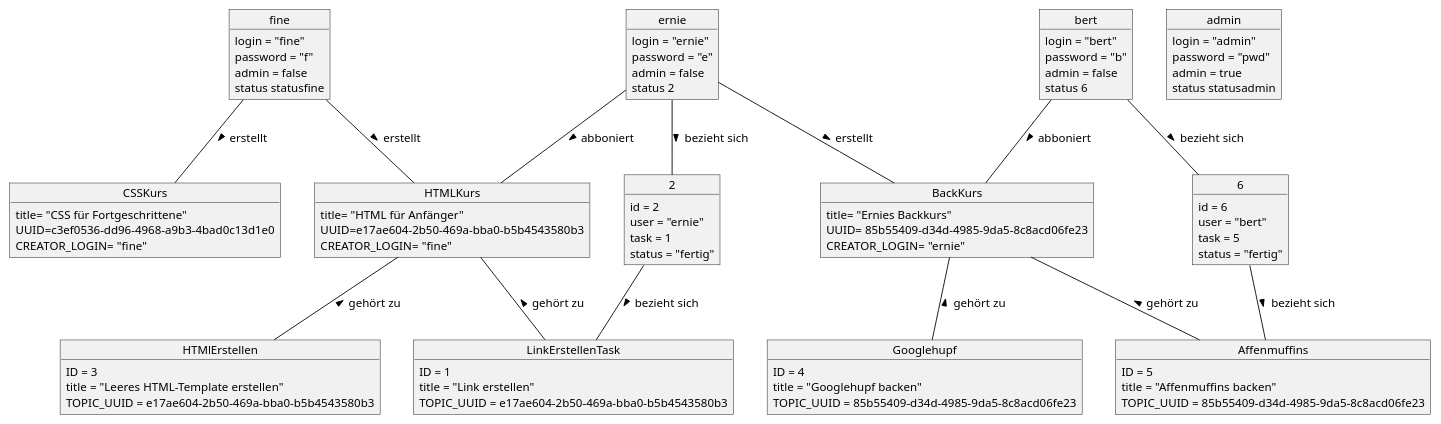
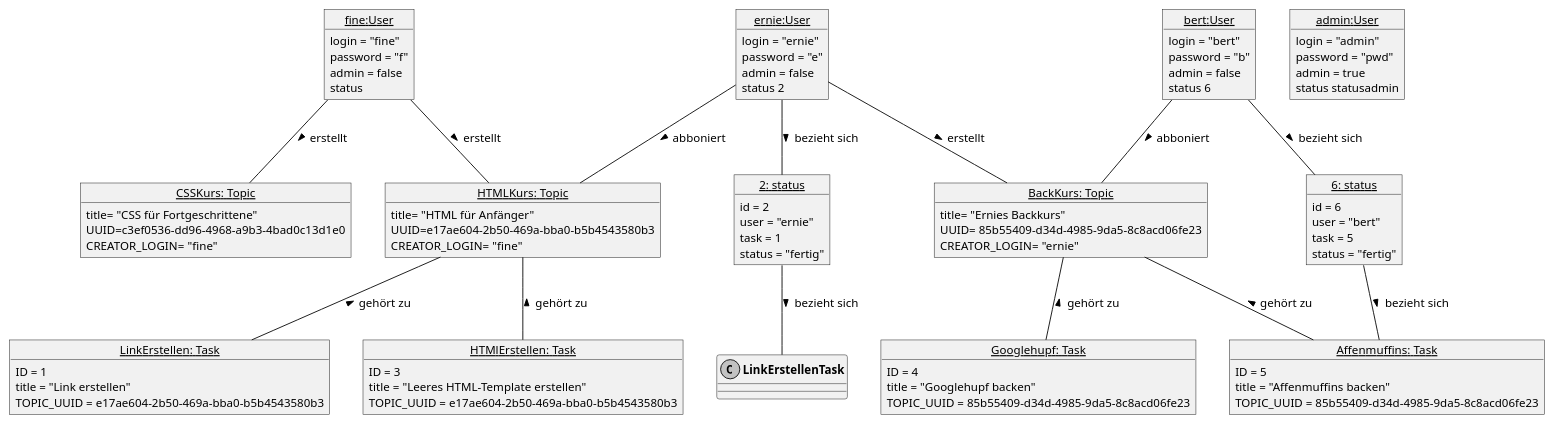
One commit to SimonHirner/agenda20 changed the diagram in doku/Objektmodell.puml. Above: the diagram before and after it, drawn with PlantUML.

Commit message:
AG-2 Objektdiagramm überarbeitet

```diff
--- a/doku/Objektmodell.puml
+++ b/doku/Objektmodell.puml
@@ -1,113 +1,113 @@
 @startuml
 
 ' Layout
 skinparam classAttributeIconSize 0
 skinparam monochrome true
 skinparam shadowing false
 skinparam DefaultFontName arial
 skinparam DefaultFontSize 12
 skinparam ClassFontStyle bold
 
 'User
-object fine{
+object "<u>fine:User</u>" as fine{
     login = "fine"
     password = "f"
     admin = false
-    status statusfine
+    status
 }
-object ernie{
+object "<u>ernie:User</u>" as ernie{
     login = "ernie"
     password = "e"
     admin = false
     status 2
 }
-object bert{
+object "<u>bert:User</u>" as bert{
     login = "bert"
     password = "b"
     admin = false
     status 6
 }
-object admin{
+object "<u>admin:User</u>" as admin{
     login = "admin"
     password = "pwd"
     admin = true
     status statusadmin
 }
 
 'Topics
-object HTMLKurs{
+object "<u>HTMLKurs: Topic</u>" as HTMLKurs{
     title= "HTML für Anfänger"
     UUID=e17ae604-2b50-469a-bba0-b5b4543580b3
     CREATOR_LOGIN= "fine"
 
 }
-object CSSKurs{
+object "<u>CSSKurs: Topic</u>" as CSSKurs{
     title= "CSS für Fortgeschrittene"
     UUID=c3ef0536-dd96-4968-a9b3-4bad0c13d1e0
     CREATOR_LOGIN= "fine"
 }
-object BackKurs{
+object "<u>BackKurs: Topic</u>" as BackKurs{
     title= "Ernies Backkurs"
     UUID= 85b55409-d34d-4985-9da5-8c8acd06fe23
     CREATOR_LOGIN= "ernie"
 }
 
 'Tasks
-object LinkErstellenTask {
+object "<u>LinkErstellen: Task</u>" as LinkErstellen {
     ID = 1
     title = "Link erstellen"
     TOPIC_UUID = e17ae604-2b50-469a-bba0-b5b4543580b3
 }
-object HTMlErstellen {
+object "<u>HTMlErstellen: Task</u>" as HTMlErstellen {
     ID = 3
     title = "Leeres HTML-Template erstellen"
     TOPIC_UUID = e17ae604-2b50-469a-bba0-b5b4543580b3
 }
-object Googlehupf {
+object "<u>Googlehupf: Task</u>" as Googlehupf {
     ID = 4
     title = "Googlehupf backen"
     TOPIC_UUID = 85b55409-d34d-4985-9da5-8c8acd06fe23
 }
-object Affenmuffins {
+object "<u>Affenmuffins: Task</u>" as Affenmuffins {
     ID = 5
     title = "Affenmuffins backen"
     TOPIC_UUID = 85b55409-d34d-4985-9da5-8c8acd06fe23
 }
 
 'status
-object 2{
+object "<u>2: status</u>" as 2{
 	id = 2
 	user = "ernie"
 	task = 1
 	status = "fertig"
 }
 
-object 6{
+object "<u>6: status</u>" as 6{
 	id = 6
 	user = "bert"
 	task = 5
 	status = "fertig"
 }
 
 'Assoziationen
 fine -- HTMLKurs :> erstellt
 fine -- CSSKurs :> erstellt
 ernie -- BackKurs :> erstellt
 
 ernie -- 2 :> bezieht sich
 bert -- 6 :> bezieht sich
 
 ernie -- HTMLKurs :> abboniert
 bert -- BackKurs :> abboniert
 
-HTMLKurs -- LinkErstellenTask :< gehört zu
+HTMLKurs -- LinkErstellen :< gehört zu
 HTMLKurs -- HTMlErstellen :< gehört zu
 
 6 -- Affenmuffins :> bezieht sich
 2 -- LinkErstellenTask :> bezieht sich
 
 BackKurs -- Googlehupf :< gehört zu
 BackKurs -- Affenmuffins :< gehört zu
 
 
 @enduml
```
